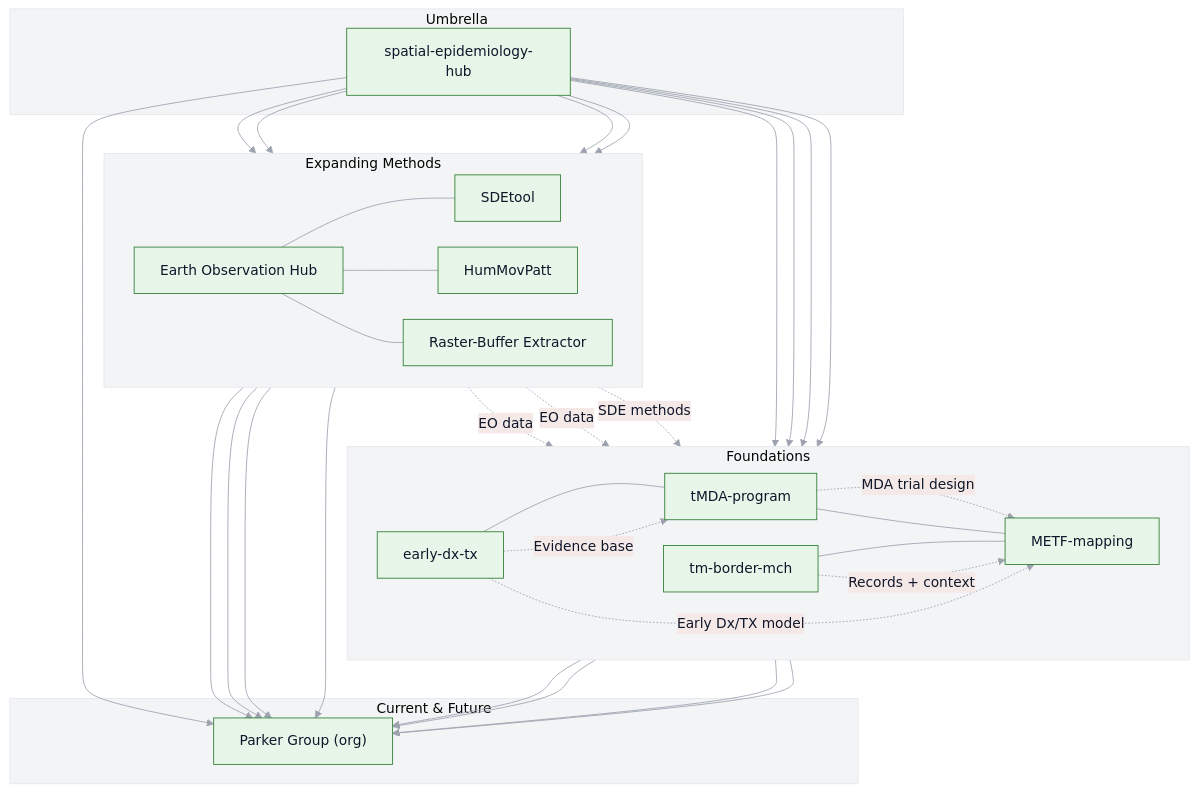
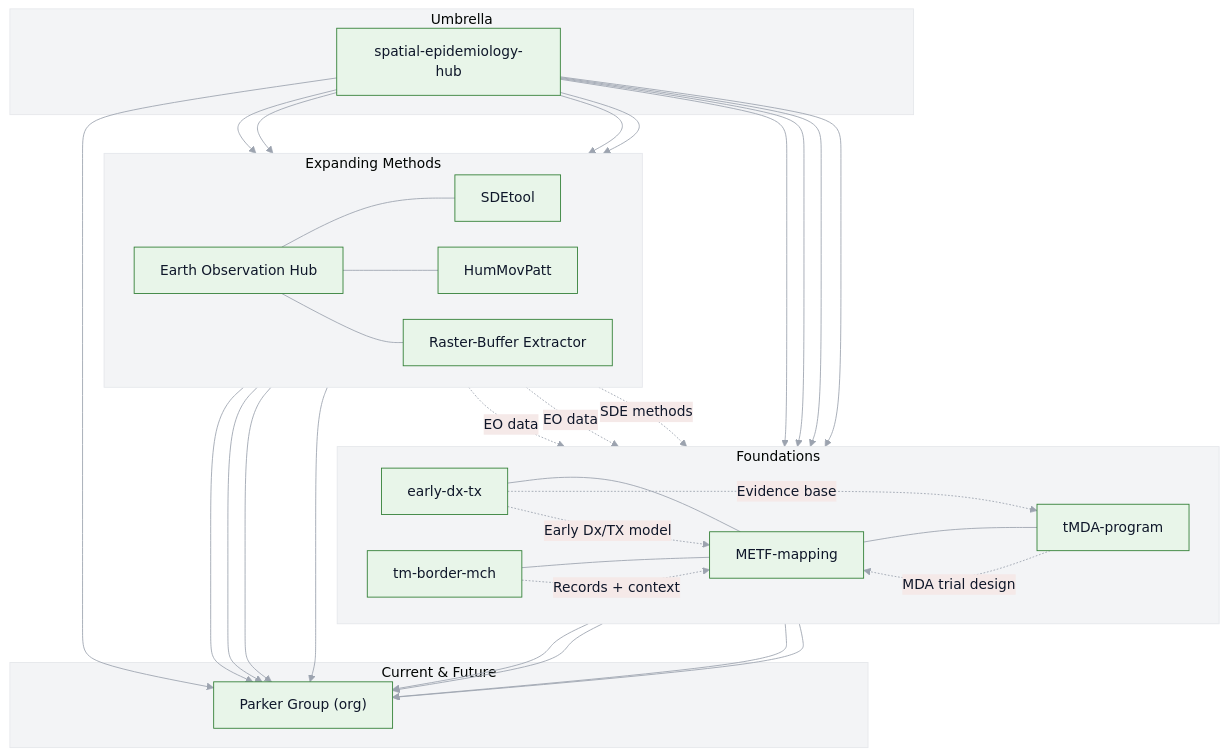
Before and after one commit to DMParker1/spatial-epidemiology-hub: the diagram in README.md, drawn with Mermaid.

````diff
--- a/README.md
+++ b/README.md
@@ -40,75 +40,75 @@
 ```mermaid
 %%{init: {"theme":"base","themeVariables":{
   "background":"#FAFAFA",
   "clusterBkg":"#F3F4F6",
   "clusterBorder":"#E5E7EB",
   "primaryColor":"#E8F5E9",
   "primaryBorderColor":"#2E7D32",
   "primaryTextColor":"#0F172A",
   "lineColor":"#9CA3AF"
 }, "flowchart":{"rankSpacing":45,"nodeSpacing":30}}}%%
 flowchart TB
 
   subgraph A[Foundations]
     direction LR
     EDT["early-dx-tx"]
     tMDA["tMDA-program"]
     MCH["tm-border-mch"]
     METF["METF-mapping"]
   end
 
   subgraph B[Expanding Methods]
     direction LR
     EO["Earth Observation Hub"]
     SDE["SDEtool"]
     HUM["HumMovPatt"]
     RBE["Raster-Buffer Extractor"]
   end
 
   subgraph C[Umbrella]
     GIS["spatial-epidemiology-hub"]
   end
 
   subgraph D[Current & Future]
     PG["Parker Group (org)"]
   end
 
   %% umbrella links (solid)
   GIS --> EDT
   GIS --> tMDA
   GIS --> MCH
   GIS --> METF
   GIS --> EO
   GIS --> SDE
   GIS --> HUM
   GIS --> RBE
   GIS --> PG
 
   %% method/theme crosslinks (solid)
   EO --- SDE
   EO --- HUM
   EO --- RBE
   METF --- tMDA
-  EDT --- tMDA
+  EDT --- METF
   MCH --- METF
 
   %% convergence to Parker Group (solid)
   EO --> PG
   SDE --> PG
   HUM --> PG
   RBE --> PG
   METF --> PG
   tMDA --> PG
   EDT --> PG
   MCH --> PG
 
   %% historical/methodological influence (dashed with labels)
   EO -. EO data .-> METF
   EO -. EO data .-> MCH
   SDE -. SDE methods .-> MCH
   EDT -. Evidence base .-> tMDA
   tMDA -. MDA trial design .-> METF
   EDT -. Early Dx/TX model .-> METF
   MCH -. Records + context .-> METF
 
 ```
````
